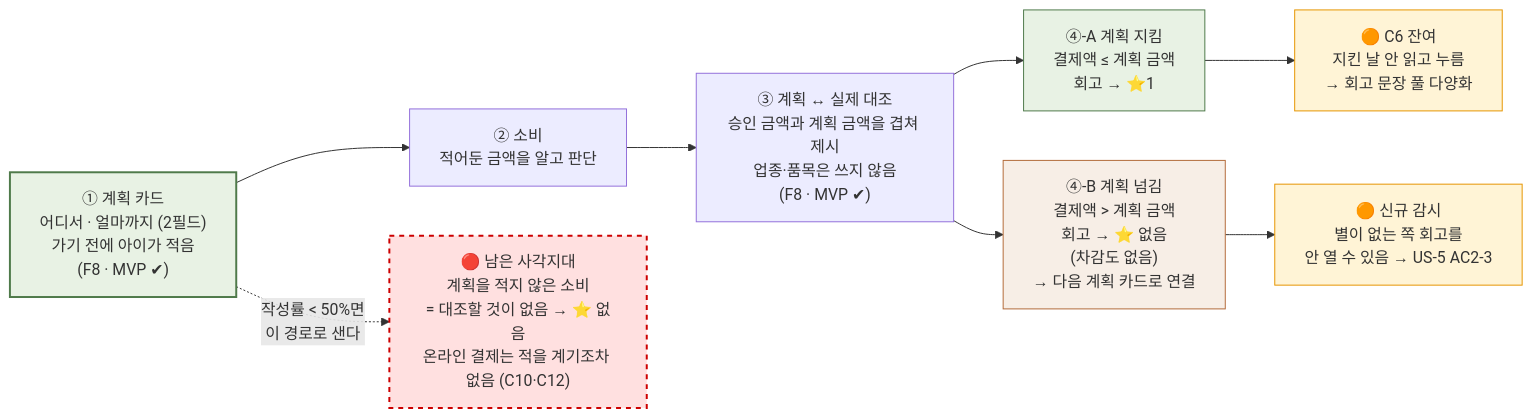
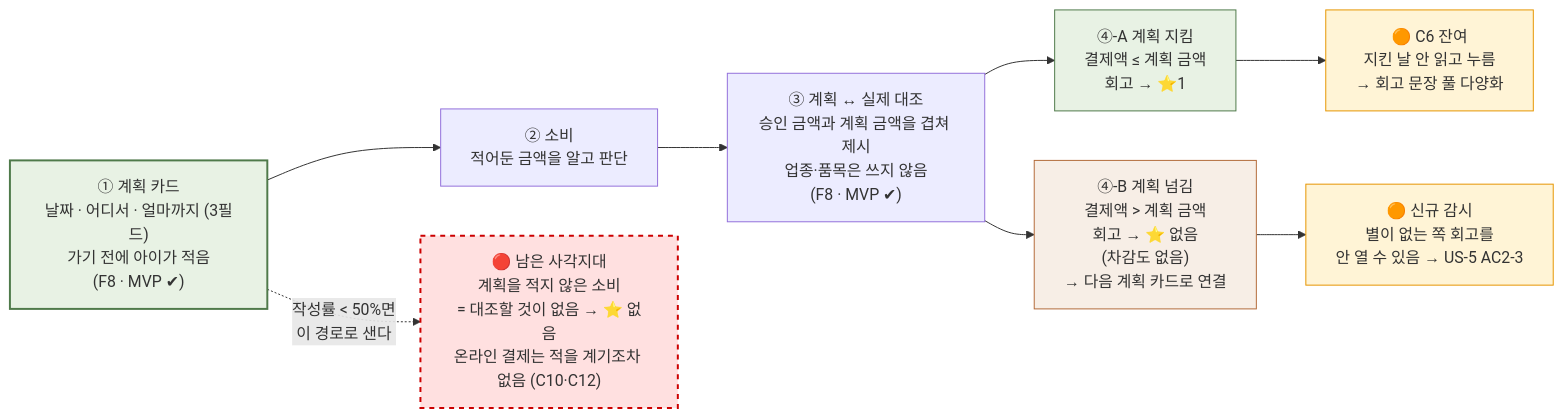
One commit to scene-one/team1_fin-friends changed the fifth of 5 diagrams in 공용공간/9. PRD/PRD_핀프렌즈_v0_3.md. Above: the diagram before and after it, drawn with Mermaid. The commit also changed other lines of this file and 7 other files, not shown here.

````diff
--- a/공용공간/9. PRD/PRD_핀프렌즈_v0_3.md
+++ b/공용공간/9. PRD/PRD_핀프렌즈_v0_3.md
@@ -949,24 +949,24 @@
 ```mermaid
 flowchart LR
-    S1["① 계획 카드<br/>어디서 · 얼마까지 (2필드)<br/>가기 전에 아이가 적음<br/>(F8 · MVP ✔)"] --> S2
+    S1["① 계획 카드<br/>날짜 · 어디서 · 얼마까지 (3필드)<br/>가기 전에 아이가 적음<br/>(F8 · MVP ✔)"] --> S2
 
     S2["② 소비<br/>적어둔 금액을 알고 판단"] --> S3
 
     S3["③ 계획 ↔ 실제 대조<br/>승인 금액과 계획 금액을 겹쳐 제시<br/>업종·품목은 쓰지 않음<br/>(F8 · MVP ✔)"]
 
     S3 --> S4A["④-A 계획 지킴<br/>결제액 ≤ 계획 금액<br/>회고 → ⭐1"]
     S3 --> S4B["④-B 계획 넘김<br/>결제액 > 계획 금액<br/>회고 → ⭐ 없음<br/>(차감도 없음)<br/>→ 다음 계획 카드로 연결"]
 
     S4A --> RISK["🟠 C6 잔여<br/>지킨 날 안 읽고 누름<br/>→ 회고 문장 풀 다양화"]
     S4B --> RISK2["🟠 신규 감시<br/>별이 없는 쪽 회고를<br/>안 열 수 있음 → US-5 AC2-3"]
 
     GAP["🔴 남은 사각지대<br/>계획을 적지 않은 소비<br/>= 대조할 것이 없음 → ⭐ 없음<br/>온라인 결제는 적을 계기조차 없음 (C10·C12)"]
     S1 -.->|"작성률 < 50%면<br/>이 경로로 샌다"| GAP
 
     style GAP fill:#ffe0e0,stroke:#c00,stroke-width:2px,stroke-dasharray: 5 5
     style S1 fill:#e8f2e4,stroke:#4F7A4A,stroke-width:2px
     style RISK fill:#fff4d6,stroke:#e69500
     style RISK2 fill:#fff4d6,stroke:#e69500
     style S4A fill:#e8f2e4,stroke:#4F7A4A
     style S4B fill:#f7eee6,stroke:#B36B3A
 ```
````
